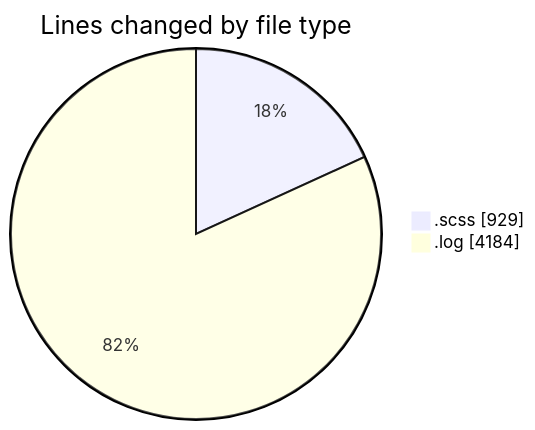
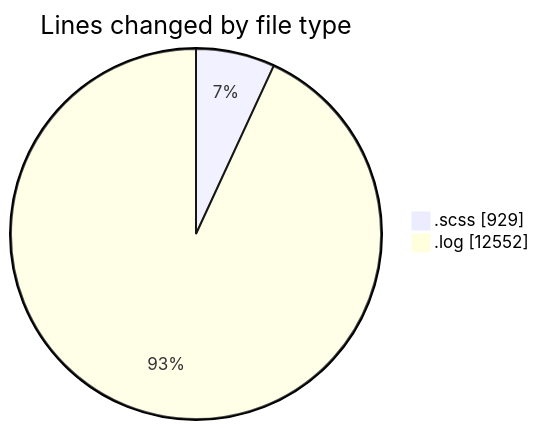
One commit to momahboobian/code-tracking changed the first of 2 diagrams in 2026-01-21/cda/README.md. Above: the diagram before and after it, drawn with Mermaid. The commit also changed other lines of this file and 1 other file, not shown here.

````diff
--- a/2026-01-21/cda/README.md
+++ b/2026-01-21/cda/README.md
@@ -24,6 +24,6 @@
 ```mermaid
 pie showData
 title Lines changed by file type
 ".scss" : 929
-".log" : 4184
+".log" : 12552
 ```
````
